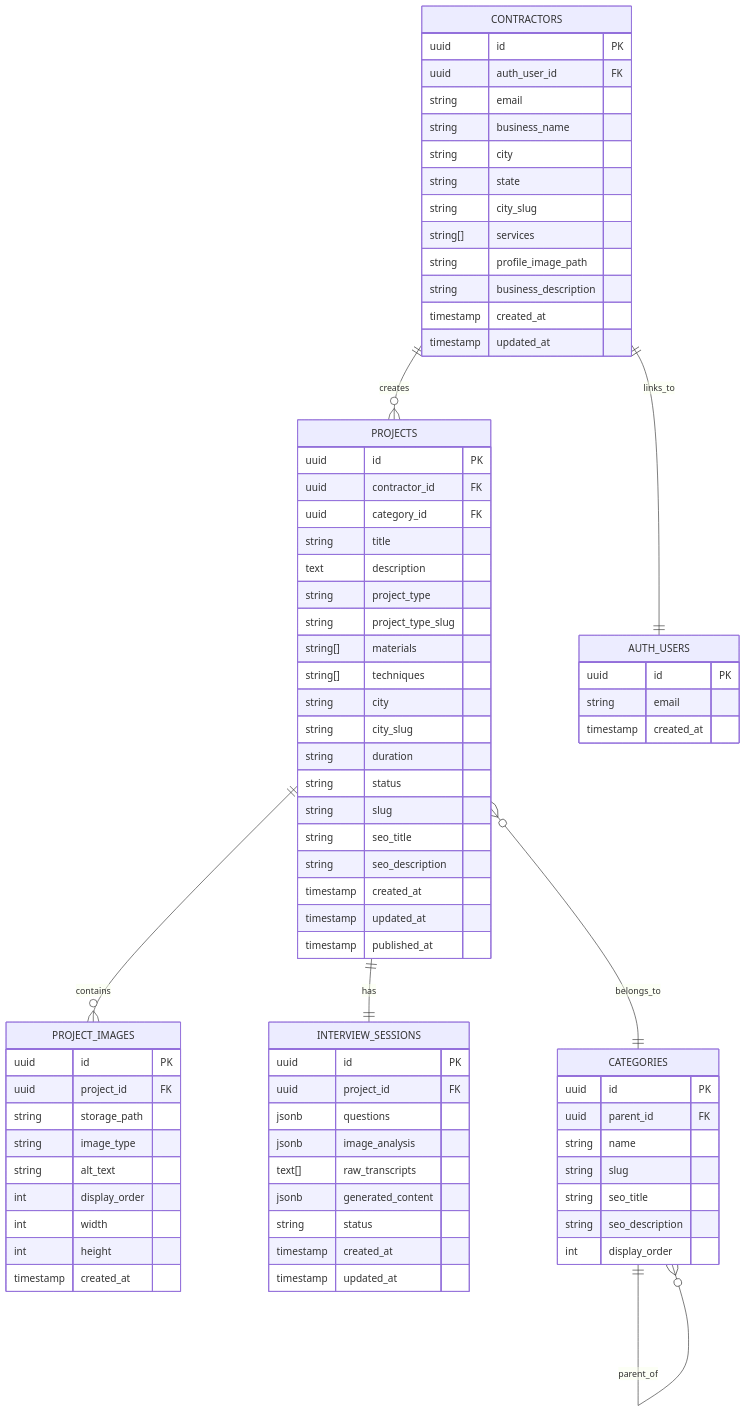
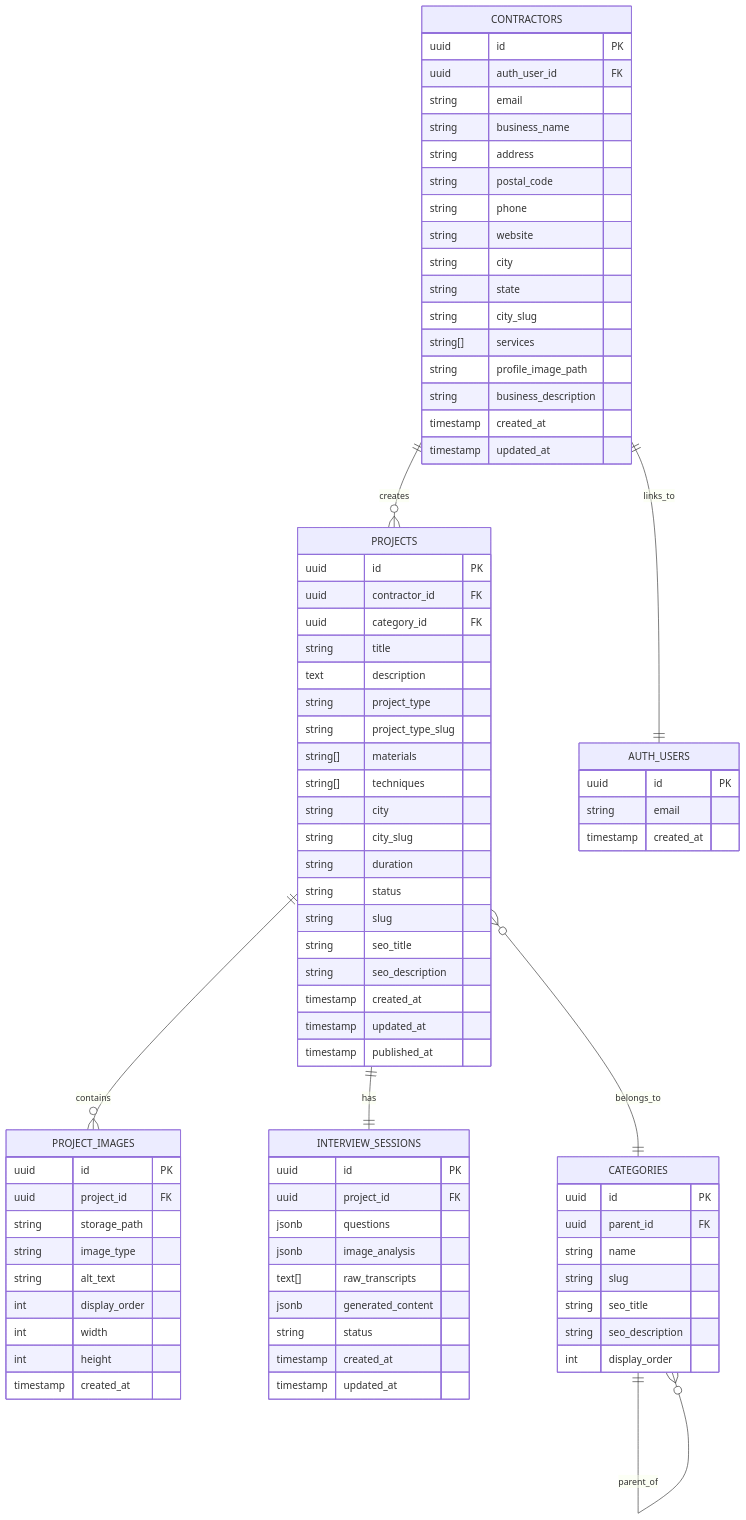
One commit to AaronBakerDev/knearme-platform changed the diagram in docs/03-architecture/data-model.md. Above: the diagram before and after it, drawn with Mermaid. The commit also changed other lines of this file and 244 other files, not shown here.

```diff
--- a/docs/03-architecture/data-model.md
+++ b/docs/03-architecture/data-model.md
@@ -22,6 +22,10 @@
         uuid auth_user_id FK
         string email
         string business_name
+        string address
+        string postal_code
+        string phone
+        string website
         string city
         string state
         string city_slug
```
